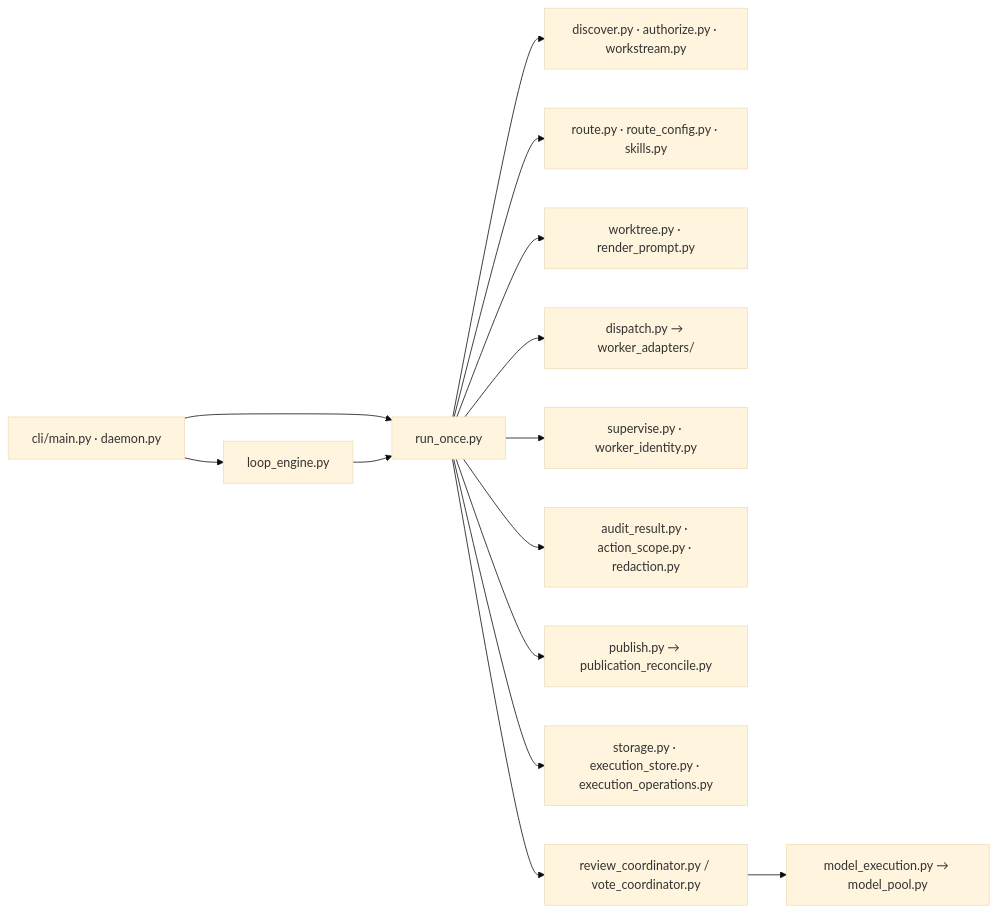
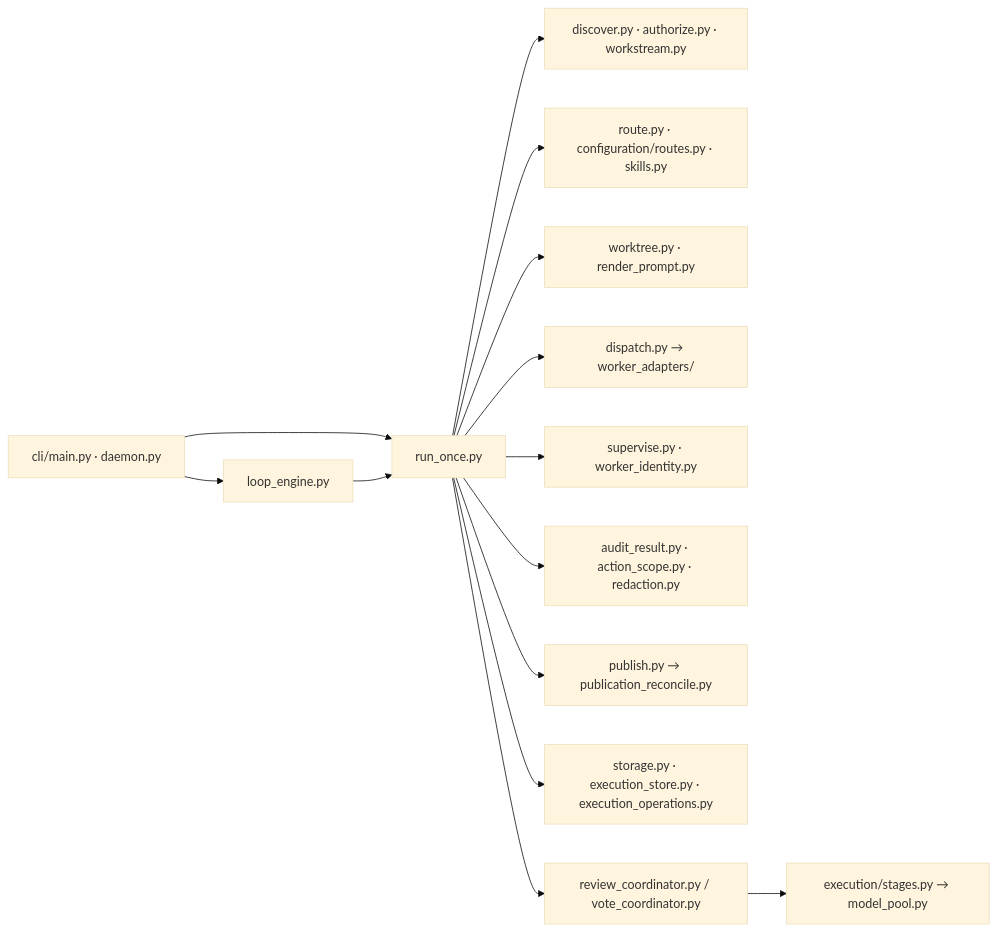
One commit to wklken/Robert changed the second of 10 diagrams in docs/architecture.md. Above: the diagram before and after it, drawn with Mermaid (base theme). The commit also changed other lines of this file and 118 other files, not shown here.

````diff
--- a/docs/architecture.md
+++ b/docs/architecture.md
@@ -80,16 +137,16 @@
 ```mermaid
 flowchart LR
     CLI["cli/main.py · daemon.py"] --> Loop["loop_engine.py"]
     CLI --> Run["run_once.py"]
     Loop --> Run
     Run --> Intake["discover.py · authorize.py · workstream.py"]
-    Run --> Routing["route.py · route_config.py · skills.py"]
+    Run --> Routing["route.py · configuration/routes.py · skills.py"]
     Run --> Prepare["worktree.py · render_prompt.py"]
     Run --> Launch["dispatch.py → worker_adapters/"]
     Run --> Supervise["supervise.py · worker_identity.py"]
     Run --> Audit["audit_result.py · action_scope.py · redaction.py"]
     Run --> Publish["publish.py → publication_reconcile.py"]
     Run --> State["storage.py · execution_store.py · execution_operations.py"]
     Run --> Rounds["review_coordinator.py / vote_coordinator.py"]
-    Rounds --> Models["model_execution.py → model_pool.py"]
+    Rounds --> Models["execution/stages.py → model_pool.py"]
 ```
````
